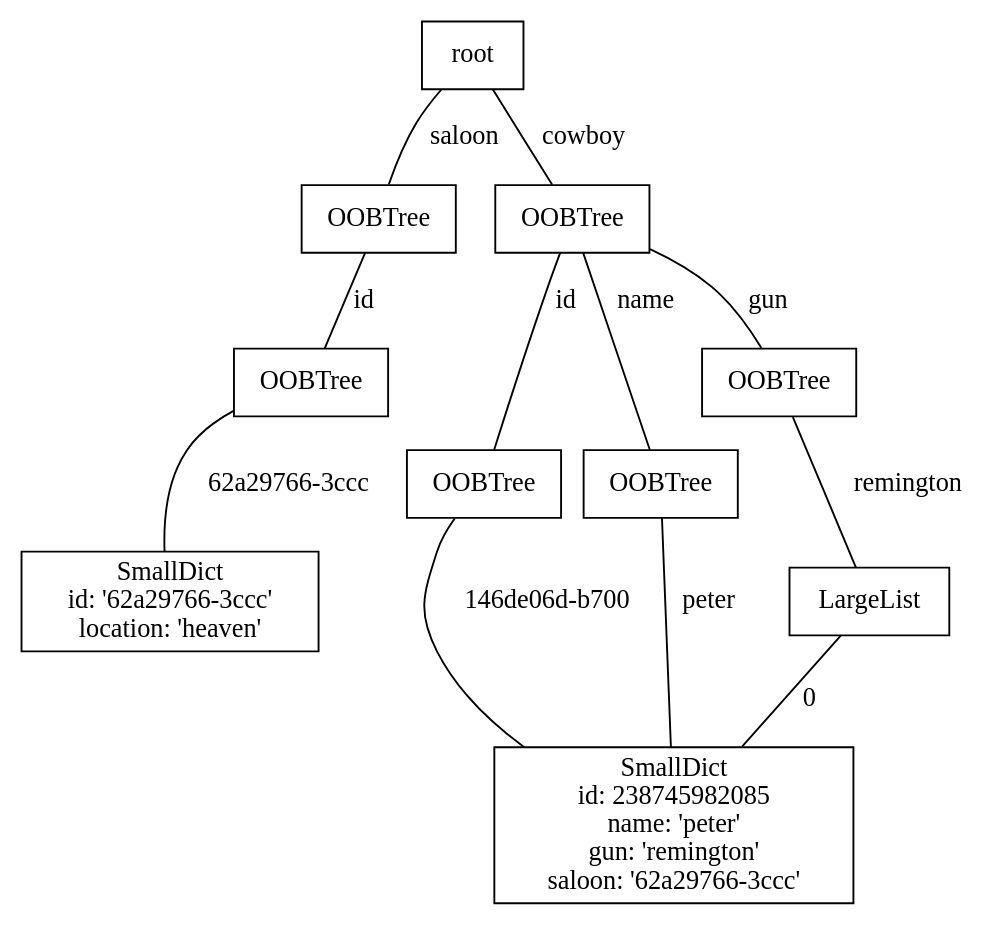
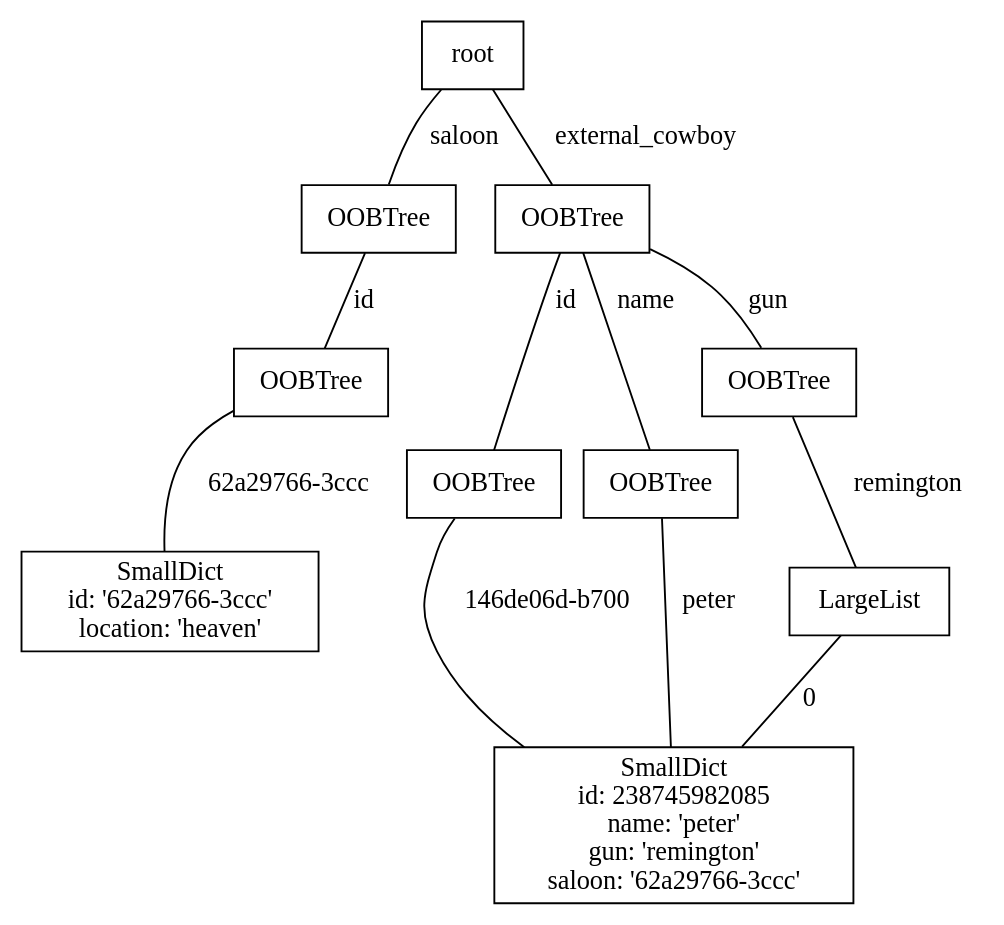
The fourth of 5 diagrams in doc/source/tutorial/databasetree.rst (yaal-coop/sheraf), drawn with Graphviz before and after one commit. The commit also changed other lines of this file, not shown here.

Commit message:
fix table names in graphs

```diff
--- a/doc/source/tutorial/databasetree.rst
+++ b/doc/source/tutorial/databasetree.rst
@@ -216,50 +216,50 @@
 .. graphviz::
    :align: center
 
     digraph cowboy {
         node [
             shape="box"
         ];
         edge [
             arrowhead="none"
         ];
 
         "root" [label="root"];
         "table_saloon" [label="OOBTree"];
         "table_cowboy" [label="OOBTree"];
         "root" -> "table_saloon" [label=" saloon"];
-        "root" -> "table_cowboy" [label=" cowboy"];
+        "root" -> "table_cowboy" [label=" external_cowboy"];
 
         subgraph cowboy {
             "cowboy_index_id" [label="OOBTree"];
             "cowboy_index_name" [label="OOBTree"];
             "cowboy_index_gun" [label="OOBTree"];
 
             "cowboy_index_gun_list" [label="LargeList"];
 
             "table_cowboy" -> "cowboy_index_id" [label=" id"];
             "table_cowboy" -> "cowboy_index_name" [label=" name"];
             "table_cowboy" -> "cowboy_index_gun" [label=" gun"];
 
             "persistent_peter" [label="SmallDict
     id: 238745982085
     name: 'peter'
     gun: 'remington'
     saloon: '62a29766-3ccc'"];
 
             "cowboy_index_id" -> "persistent_peter" [label=" 146de06d-b700"];
             "cowboy_index_name" -> "persistent_peter" [label=" peter"];
             "cowboy_index_gun" -> "cowboy_index_gun_list" [label=" remington"];
             "cowboy_index_gun_list" -> "persistent_peter" [label=" 0"];
         }
 
         subgraph saloon {
             "saloon_index_id" [label="OOBTree"];
             "saloonmapping" [label="SmallDict
     id: '62a29766-3ccc'
     location: 'heaven'"];
 
             "table_saloon" -> "saloon_index_id" [label="id"];
             "saloon_index_id" -> "saloonmapping" [label="62a29766-3ccc"];
          }
      }
```
